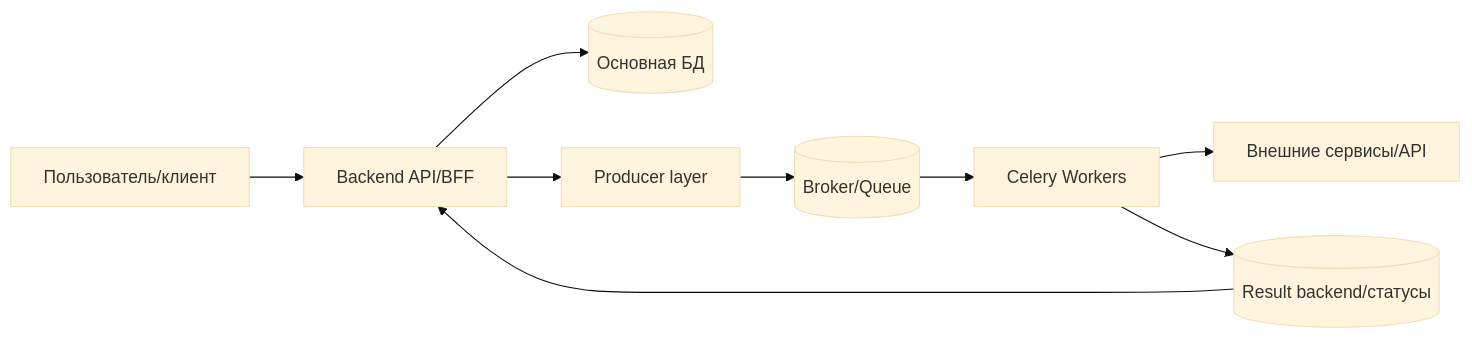
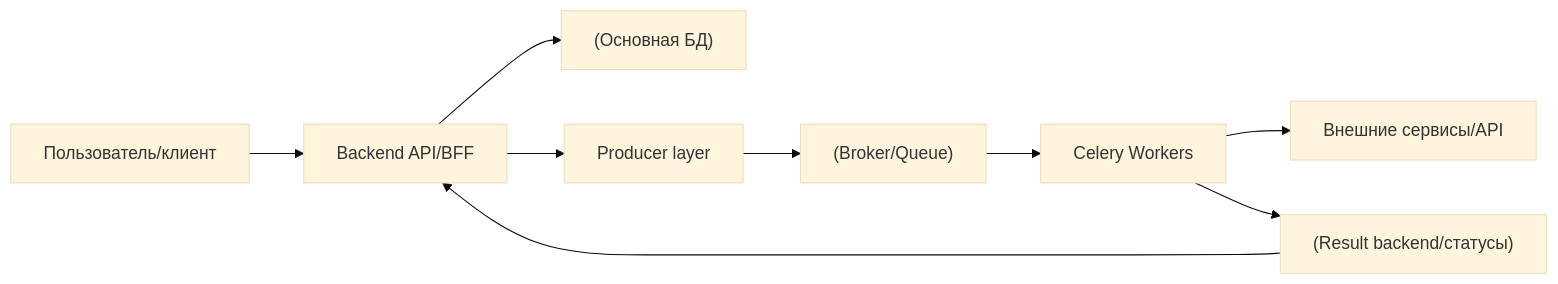
Before and after one commit to DDoSKudya/ai-study-atlas: the first of 2 diagrams in directions/services/celery/pact/34_industrialnyy_kontekst_standarty_i_ekonomika_ocheredey/12_34_34_2_oblachnye_patterny_ryadom_s_celery.md, drawn with Mermaid (base theme). The commit also changed other lines of this file and 322 other files, not shown here.

Commit message:
fix(docs): make mermaid diagrams GitHub-compatible across directions content

````diff
--- a/directions/services/celery/pact/34_industrialnyy_kontekst_standarty_i_ekonomika_ocheredey/12_34_34_2_oblachnye_patterny_ryadom_s_celery.md
+++ b/directions/services/celery/pact/34_industrialnyy_kontekst_standarty_i_ekonomika_ocheredey/12_34_34_2_oblachnye_patterny_ryadom_s_celery.md
@@ -31,11 +31,11 @@
 ```mermaid
 flowchart LR
-    U[Пользователь/клиент] --> API[Backend API/BFF]
-    API --> DB[(Основная БД)]
-    API --> P[Producer layer]
-    P --> Q[(Broker/Queue)]
-    Q --> W[Celery Workers]
-    W --> EXT[Внешние сервисы/API]
-    W --> RB[(Result backend/статусы)]
+    U["Пользователь/клиент"] --> API["Backend API/BFF"]
+    API --> DB["(Основная БД)"]
+    API --> P["Producer layer"]
+    P --> Q["(Broker/Queue)"]
+    Q --> W["Celery Workers"]
+    W --> EXT["Внешние сервисы/API"]
+    W --> RB["(Result backend/статусы)"]
     RB --> API
 ```
````
